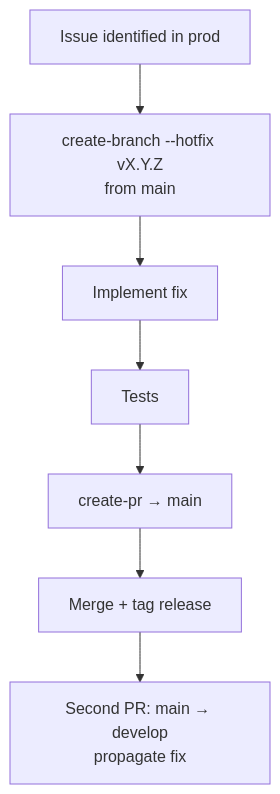
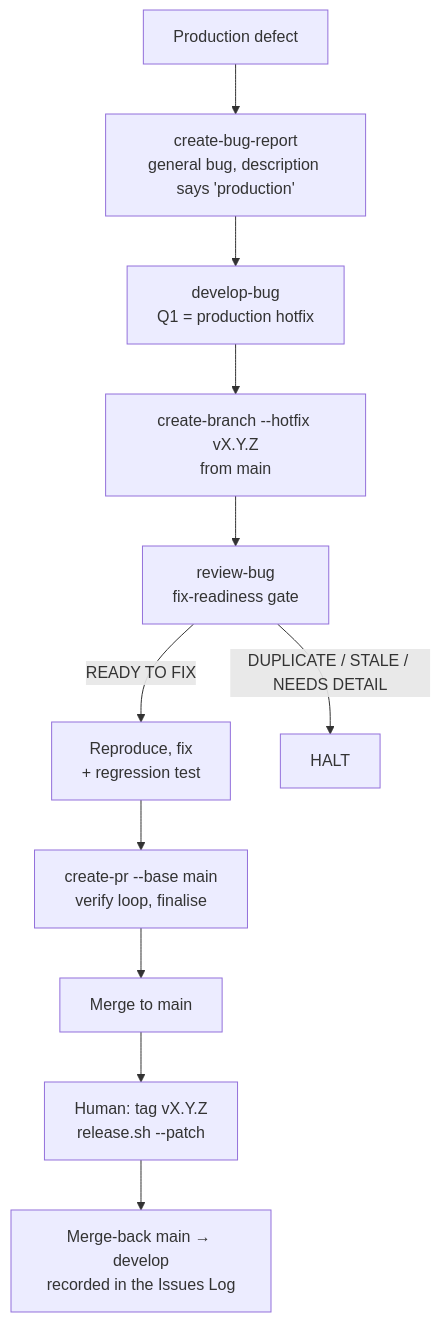
Before and after one commit to Gamaroff/agent-skills: the diagram in docs/runbooks/hotfix.md, drawn with Mermaid. The commit also changed other lines of this file and 4 other files, not shown here.

First line of the commit message:
docs(runbooks): rewrite hotfix.md against /develop-bug's hotfix model (#413)

````diff
--- a/docs/runbooks/hotfix.md
+++ b/docs/runbooks/hotfix.md
@@ -28,9 +45,13 @@
 ```mermaid
 flowchart TD
-    A[Issue identified in prod] --> B[create-branch --hotfix vX.Y.Z<br/>from main]
-    B --> C[Implement fix]
-    C --> D[Tests]
-    D --> E[create-pr → main]
-    E --> F[Merge + tag release]
-    F --> G[Second PR: main → develop<br/>propagate fix]
+    A[Production defect] --> B[create-bug-report<br/>general bug, description says 'production']
+    B --> C[develop-bug<br/>Q1 = production hotfix]
+    C --> D[create-branch --hotfix vX.Y.Z<br/>from main]
+    D --> E[review-bug<br/>fix-readiness gate]
+    E -->|READY TO FIX| F[Reproduce, fix<br/>+ regression test]
+    E -->|DUPLICATE / STALE / NEEDS DETAIL| H[HALT]
+    F --> G[create-pr --base main<br/>verify loop, finalise]
+    G --> I[Merge to main]
+    I --> J[Human: tag vX.Y.Z<br/>release.sh --patch]
+    J --> K[Merge-back main → develop<br/>recorded in the Issues Log]
 ```
````
